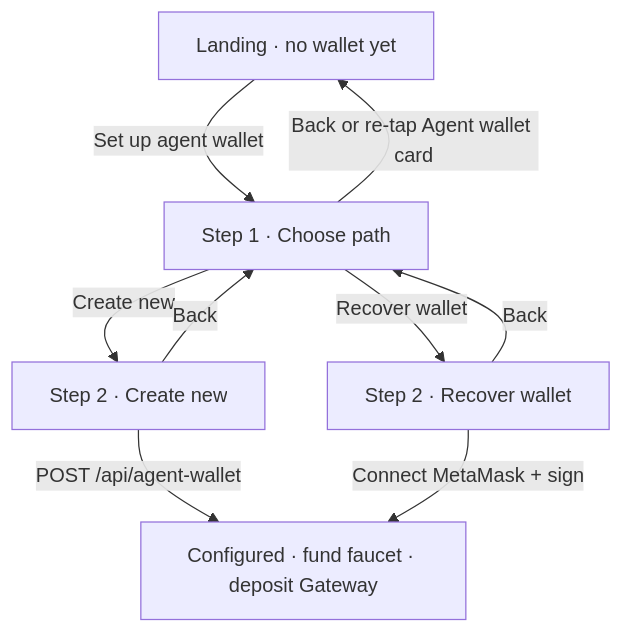
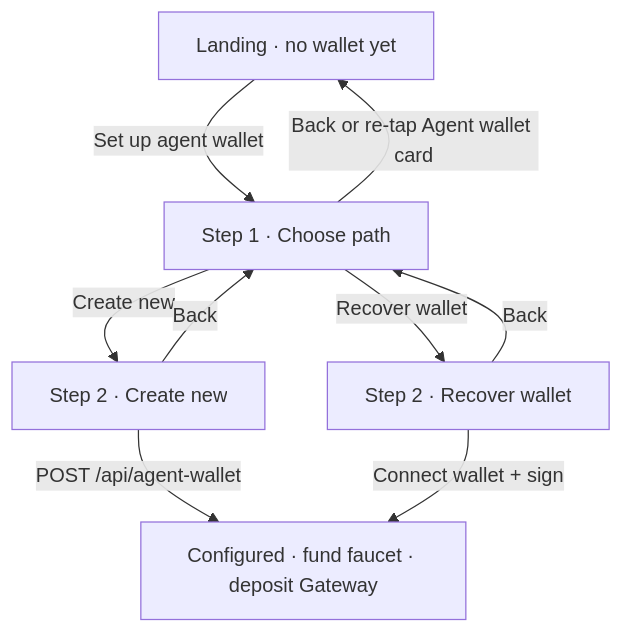
One commit to rudazy/citation-agent changed the second of 5 diagrams in docs/platform-overview.md. Above: the diagram before and after it, drawn with Mermaid. The commit also changed other lines of this file and 28 other files, not shown here.

Commit message:
WalletConnect for mobile

````diff
--- a/docs/platform-overview.md
+++ b/docs/platform-overview.md
@@ -101,17 +105,17 @@
 ```mermaid
 flowchart TD
   Landing["Landing · no wallet yet"]
   Choose["Step 1 · Choose path"]
   Create["Step 2 · Create new"]
   Recover["Step 2 · Recover wallet"]
   Ready["Configured · fund faucet · deposit Gateway"]
 
   Landing -->|Set up agent wallet| Choose
   Choose -->|Create new| Create
   Choose -->|Recover wallet| Recover
   Create -->|POST /api/agent-wallet| Ready
-  Recover -->|Connect MetaMask + sign| Ready
+  Recover -->|Connect wallet + sign| Ready
   Choose -->|Back or re-tap Agent wallet card| Landing
   Create -->|Back| Choose
   Recover -->|Back| Choose
 ```
````
